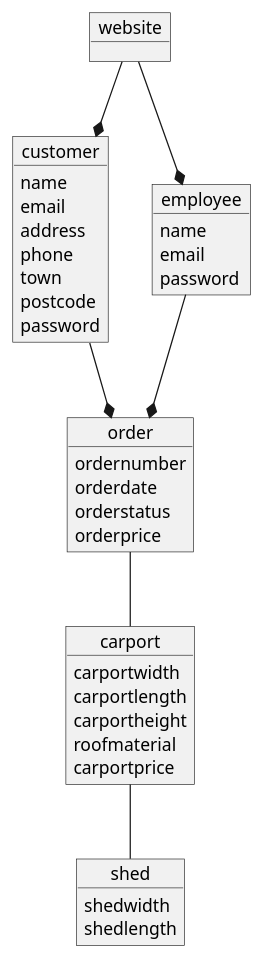
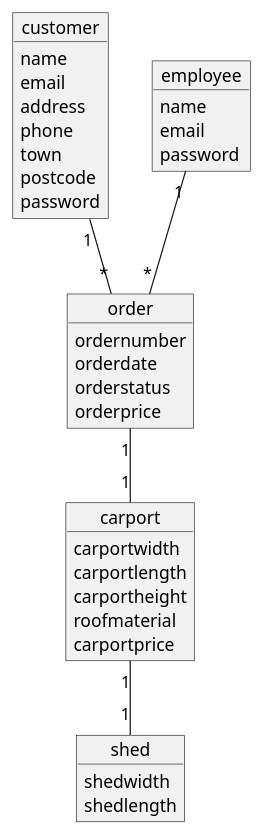
The diagram in models/Domain model.puml (mbm1337/Carport), drawn with PlantUML before and after one commit. The commit also changed 5 other files, not shown here.

```diff
--- a/models/Domain model.puml
+++ b/models/Domain model.puml
@@ -1,55 +1,52 @@
 @startuml
 'https://plantuml.com/object-diagram
 
-object website{
 
-}
 object customer{
     name
     email
     address
     phone
     town
     postcode
     password
 }
 
 object employee{
     name
     email
     password
 }
 
 
 object carport{
     carportwidth
     carportlength
     carportheight
     roofmaterial
     carportprice
 
 }
 object shed{
     shedwidth
     shedlength
 }
 
 object order{
     ordernumber
     orderdate
     orderstatus
     orderprice
 }
 
 
 
-website --* customer
-customer --* order
-order -- carport
-employee --* order
-website --* employee
-carport -- shed
+
+customer "1"--"*" order
+order "1"-- "1"carport
+employee "1"--"*" order
+carport "1"-- "1"shed
 
 
 
 @enduml
```
